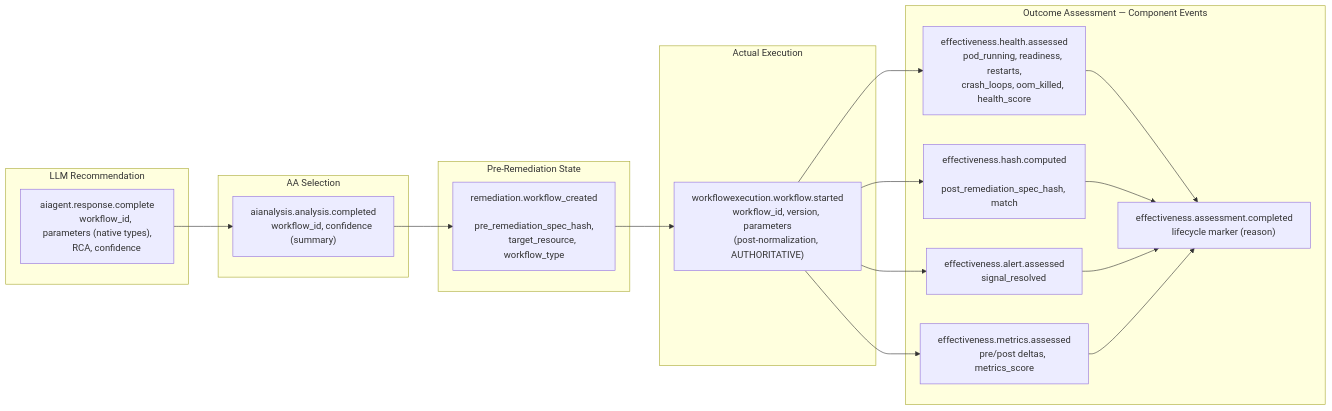
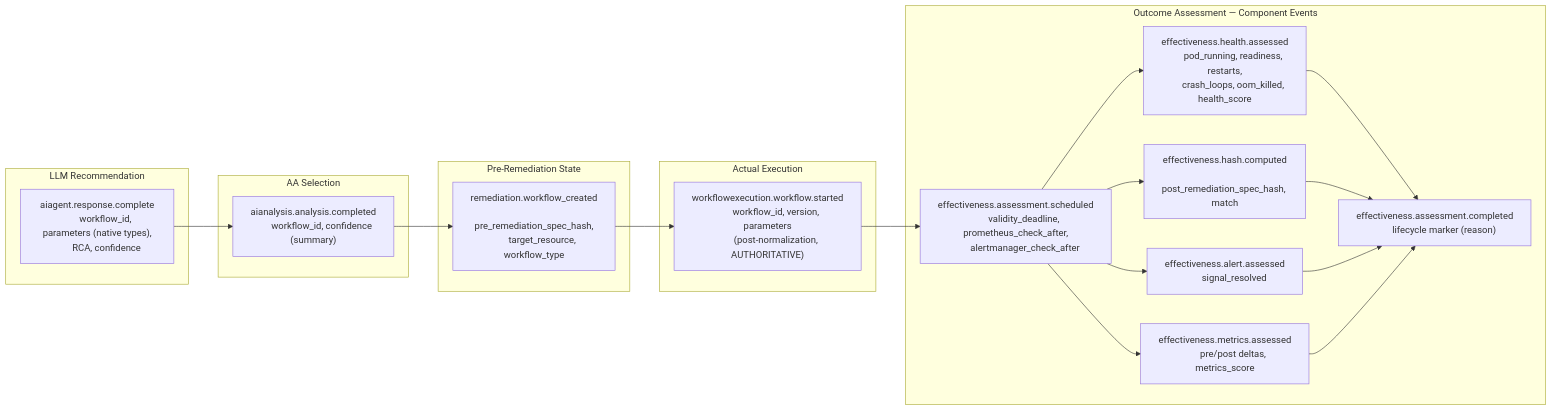
One commit to jordigilh/kubernaut changed the sixth of 8 diagrams in docs/architecture/decisions/ADR-EM-001-effectiveness-monitor-service-integration.md. Above: the diagram before and after it, drawn with Mermaid. The commit also changed other lines of this file and 174 other files, not shown here.

````diff
--- a/docs/architecture/decisions/ADR-EM-001-effectiveness-monitor-service-integration.md
+++ b/docs/architecture/decisions/ADR-EM-001-effectiveness-monitor-service-integration.md
@@ -505,51 +517,55 @@
 ```mermaid
 flowchart LR
     subgraph recommendation [LLM Recommendation]
         A1["aiagent.response.complete
         workflow_id, parameters (native types),
         RCA, confidence"]
     end
 
     subgraph selection [AA Selection]
         A2["aianalysis.analysis.completed
         workflow_id, confidence (summary)"]
     end
 
     subgraph preState [Pre-Remediation State]
         A3["remediation.workflow_created
         pre_remediation_spec_hash,
         target_resource, workflow_type"]
     end
 
     subgraph execution [Actual Execution]
         A4["workflowexecution.workflow.started
         workflow_id, version, parameters
         (post-normalization, AUTHORITATIVE)"]
     end
 
     subgraph outcome [Outcome Assessment — Component Events]
+        A5sched["effectiveness.assessment.scheduled
+        validity_deadline, prometheus_check_after,
+        alertmanager_check_after"]
         A5a["effectiveness.health.assessed
         pod_running, readiness, restarts,
         crash_loops, oom_killed, health_score"]
         A5b["effectiveness.hash.computed
         post_remediation_spec_hash, match"]
         A5c["effectiveness.alert.assessed
         signal_resolved"]
         A5d["effectiveness.metrics.assessed
         pre/post deltas, metrics_score"]
         A5e["effectiveness.assessment.completed
         lifecycle marker (reason)"]
     end
 
     A1 --> A2
     A2 --> A3
     A3 --> A4
-    A4 --> A5a
-    A4 --> A5b
-    A4 --> A5c
-    A4 --> A5d
+    A4 --> A5sched
+    A5sched --> A5a
+    A5sched --> A5b
+    A5sched --> A5c
+    A5sched --> A5d
     A5a --> A5e
     A5b --> A5e
     A5c --> A5e
     A5d --> A5e
 ```
````
